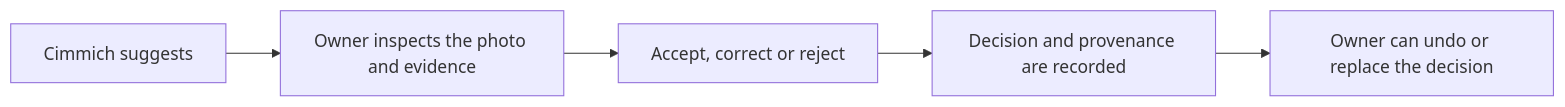
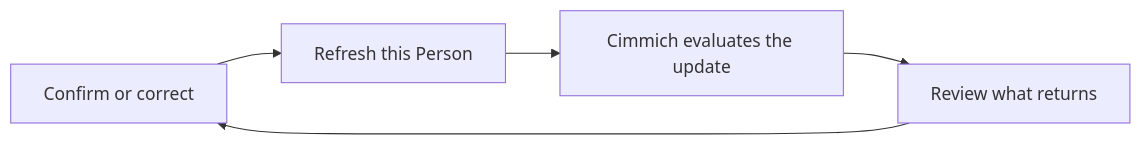
Before and after one commit to cimmich/cimmich: the diagram in docs/WALKTHROUGH.md, drawn with Mermaid. The commit also changed other lines of this file and 14 other files, not shown here.

````diff
--- a/docs/WALKTHROUGH.md
+++ b/docs/WALKTHROUGH.md
@@ -89,7 +106,7 @@
 ```mermaid
 flowchart LR
-    Suggest["Cimmich suggests"] --> Inspect["Owner inspects the photo and evidence"]
-    Inspect --> Decide["Accept, correct or reject"]
-    Decide --> Record["Decision and provenance are recorded"]
-    Record --> Undo["Owner can undo or replace the decision"]
+    Confirm["Confirm or correct"] --> Refresh["Refresh this Person"]
+    Refresh --> Evaluate["Cimmich evaluates the update"]
+    Evaluate --> Review["Review what returns"]
+    Review --> Confirm
 ```
````
